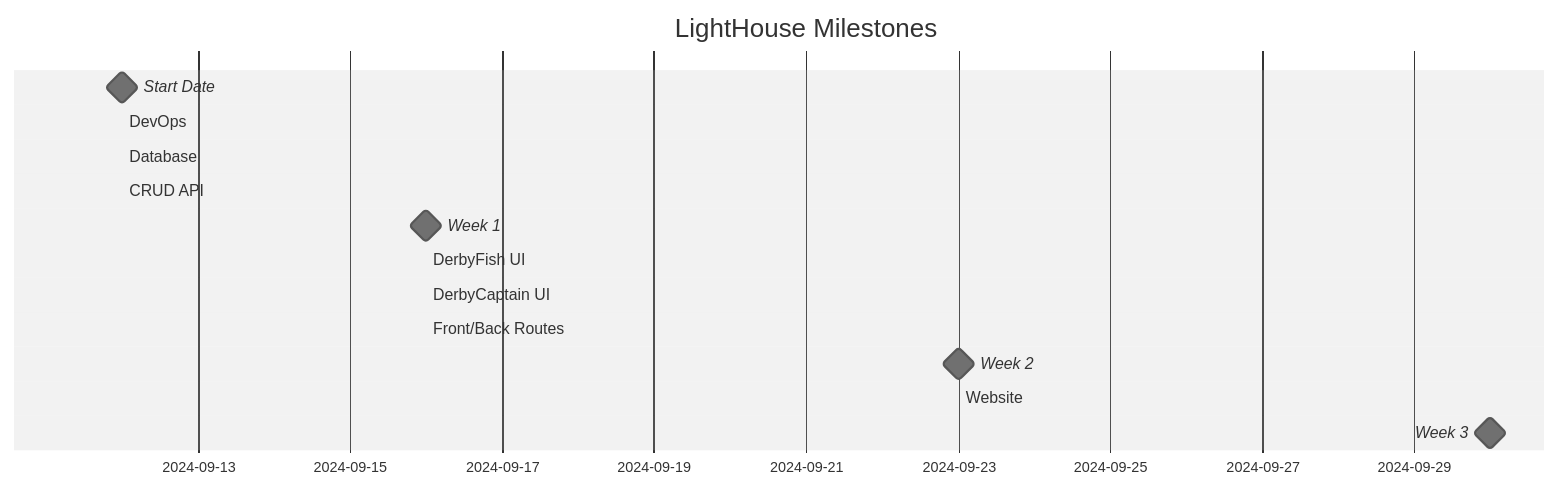
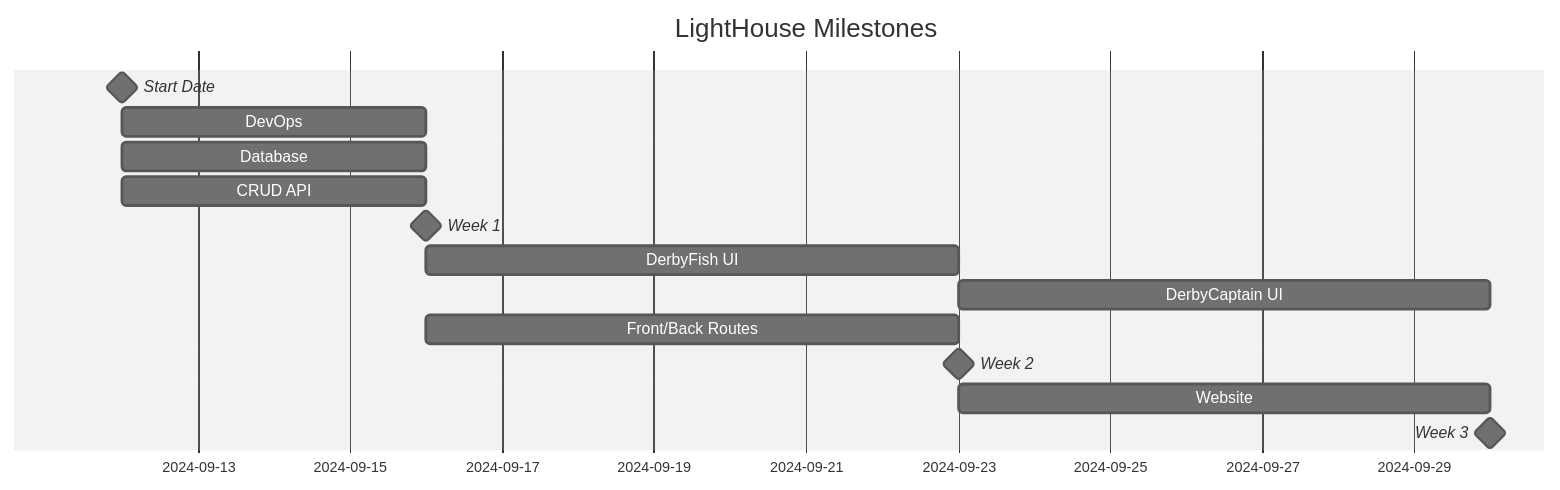
The diagram in Derby.Fish.md (AGFarms/derbyfish-docs), drawn with Mermaid (neutral theme) before and after one commit.

````diff
--- a/Derby.Fish.md
+++ b/Derby.Fish.md
@@ -3,18 +3,18 @@
 ```mermaid
 gantt
 
     title LightHouse Milestones
     Start Date :milestone, 2024-09-12, 2024-09-12
-    DevOps : 2024-09-12, 2024-09-16 
-    Database : 2024-09-12, 2024-09-16 
-    CRUD API : 2024-09-12, 2024-09-16 
+    DevOps : 2024-09-12, 4d 
+    Database : 2024-09-12, 4d 
+    CRUD API : 2024-09-12, 4d
     Week 1 :milestone, 2024-09-16, 2024-09-16
     
-    DerbyFish UI : 2024-09-16, 2024-09-23 
-    DerbyCaptain UI : 2024-09-16, 2024-09-23 
-    Front/Back Routes : 2024-09-16, 2024-09-23 
+    DerbyFish UI : 2024-09-16, 7d 
+    DerbyCaptain UI : 2024-09-23, 7d 
+    Front/Back Routes : 2024-09-16, 7d
     Week 2 :milestone, 2024-09-23, 2024-09-23
-    Website : 2024-09-23, 2024-09-30 
+    Website : 2024-09-23, 7d 
     Week 3 :milestone, 2024-09-30, 2024-09-30
 
 ```
````
